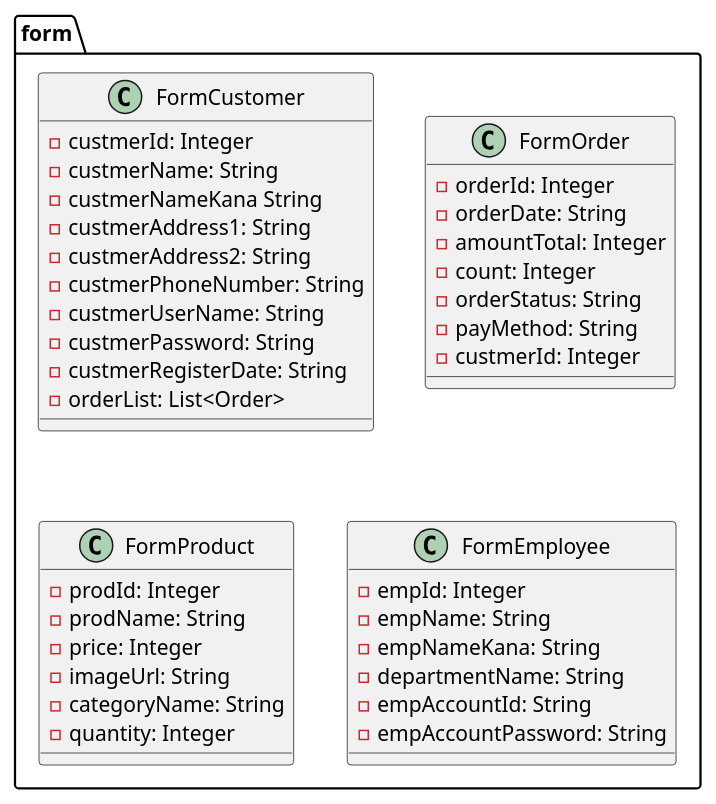
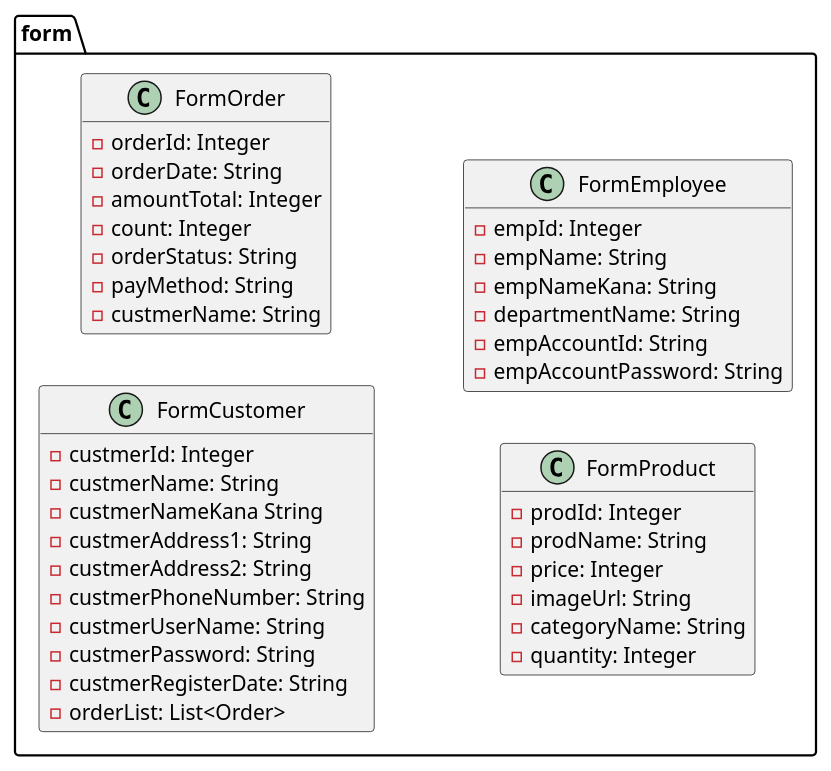
One commit to kanavii3333/ec-b changed the diagram in plan/uml/class/form.plantuml. Above: the diagram before and after it, drawn with PlantUML. The commit also changed 2 other files, not shown here.

Commit message:
repository helperのクラス図

```diff
--- a/plan/uml/class/form.plantuml
+++ b/plan/uml/class/form.plantuml
@@ -1,42 +1,48 @@
+@startuml
+
+hide empty members
+left to right direction
+
 package form{
     class FormCustomer{
         -custmerId: Integer
         -custmerName: String
         -custmerNameKana String
         -custmerAddress1: String
         -custmerAddress2: String
         -custmerPhoneNumber: String
         -custmerUserName: String
         -custmerPassword: String
         -custmerRegisterDate: String
         -orderList: List<Order>
     }
 
     class FormOrder{
         -orderId: Integer
         -orderDate: String
         -amountTotal: Integer
         -count: Integer
         -orderStatus: String
         -payMethod: String
-        -custmerId: Integer
+        -custmerName: String
     }
 
     class FormProduct{
         -prodId: Integer
         -prodName: String
         -price: Integer
         -imageUrl: String
         -categoryName: String
         -quantity: Integer
     }
 
     class FormEmployee{
         -empId: Integer
         -empName: String
         -empNameKana: String
         -departmentName: String
         -empAccountId: String
         -empAccountPassword: String
     }
 }
+@enduml
```
